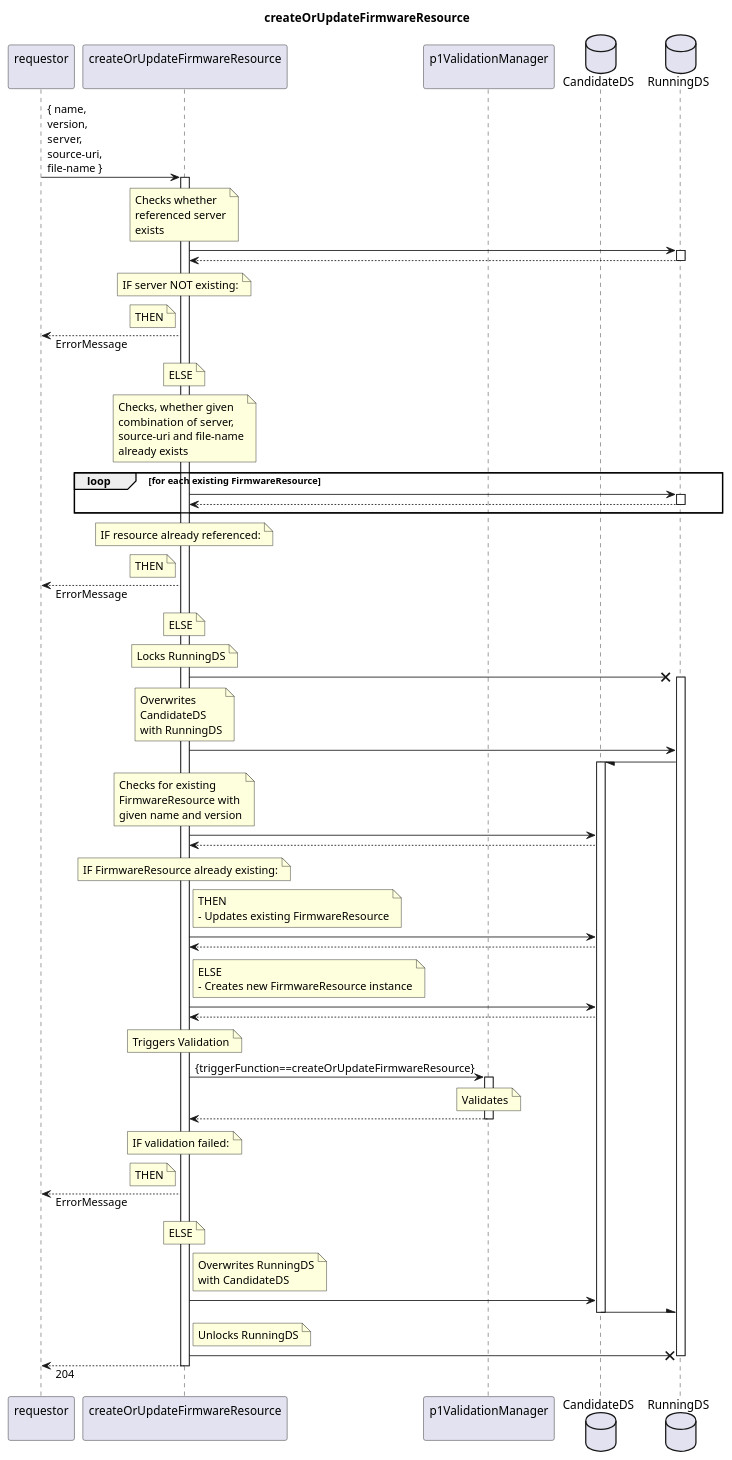
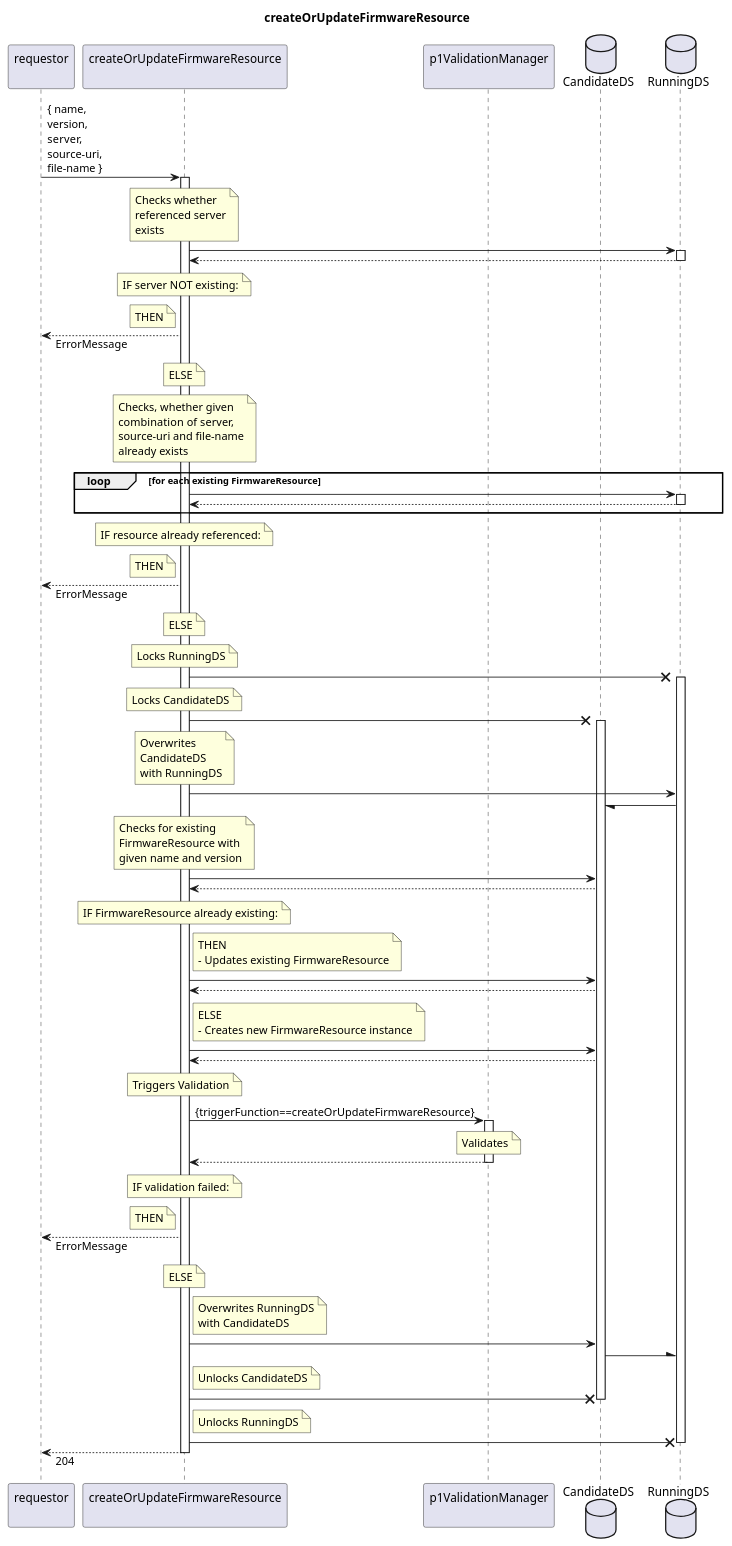
One commit to openBackhaul/FirmWareManager changed the diagram in spec/Services/createOrUpdateFirmwareResource/1.0.0/createOrUpdateFirmwareResource.plantuml. Above: the diagram before and after it, drawn with PlantUML. The commit also changed 17 other files, not shown here.

```diff
--- a/spec/Services/createOrUpdateFirmwareResource/1.0.0/createOrUpdateFirmwareResource.plantuml
+++ b/spec/Services/createOrUpdateFirmwareResource/1.0.0/createOrUpdateFirmwareResource.plantuml
@@ -1,137 +1,143 @@
 @startuml createOrUpdateFirmwareResource
 skinparam responseMessageBelowArrow true
 
 title
   createOrUpdateFirmwareResource
 end title
 
 participant "requestor\n" as requestor
 participant "createOrUpdateFirmwareResource\n" as couFWR
 participant "p1ValidationManager\n" as valiMan
 database "CandidateDS" as CanDS
 database "RunningDS" as RunDS
 
 requestor -> couFWR: { name,\nversion,\nserver,\nsource-uri,\nfile-name }
 activate couFWR
 
   note over couFWR
     Checks whether
     referenced server
     exists
   end note
   couFWR -> RunDS
   activate RunDS
   couFWR <-- RunDS
   deactivate RunDS
   note over couFWR
     IF server NOT existing:
   end note
   note left couFWR
     THEN
   end note
   requestor <-- couFWR: ErrorMessage
   note over couFWR
     ELSE
   end note
 
   note over couFWR
     Checks, whether given
     combination of server,
     source-uri and file-name
     already exists
   end note
   loop for each existing FirmwareResource
     couFWR -> RunDS
     activate RunDS
     couFWR <-- RunDS
     deactivate RunDS
   end loop
   note over couFWR
     IF resource already referenced:
   end note
   note left couFWR
     THEN
   end note
   requestor <-- couFWR: ErrorMessage
   note over couFWR
     ELSE
   end note
 
   note over couFWR
     Locks RunningDS
   end note
   couFWR -X RunDS
   activate RunDS
-
+  note over couFWR
+    Locks CandidateDS
+  end note
+  couFWR -X CanDS
+  activate CanDS
   note over couFWR
     Overwrites
     CandidateDS
     with RunningDS
   end note
   couFWR -> RunDS
   RunDS -/ CanDS
-  activate CanDS
 
   note over couFWR
     Checks for existing
     FirmwareResource with
     given name and version
   end note
   couFWR -> CanDS
   couFWR <-- CanDS
   note over couFWR
     IF FirmwareResource already existing:
   end note
   note right couFWR
     THEN
     - Updates existing FirmwareResource
   end note
   couFWR -> CanDS
   couFWR <-- CanDS
   note right couFWR
     ELSE
     - Creates new FirmwareResource instance
   end note
   couFWR -> CanDS
   couFWR <-- CanDS
 
   note over couFWR
     Triggers Validation
   end note
   couFWR -> valiMan: {triggerFunction==createOrUpdateFirmwareResource}
   activate valiMan
     note over valiMan
       Validates
     end note
   couFWR <-- valiMan
   deactivate valiMan
   note over couFWR
     IF validation failed:
   end note
   note left couFWR
     THEN
   end note
   requestor <-- couFWR: ErrorMessage
   note over couFWR
     ELSE
   end note
 
   note right couFWR
     Overwrites RunningDS
     with CandidateDS
   end note
   couFWR -> CanDS
   CanDS -\ RunDS
+  note right couFWR
+    Unlocks CandidateDS
+  end note
+  couFWR -X CanDS
   deactivate CanDS
-
   note right couFWR
     Unlocks RunningDS
   end note
   couFWR -X RunDS
   deactivate RunDS
 
   requestor <-- couFWR: 204
 
 deactivate couFWR
 
 @enduml
```
